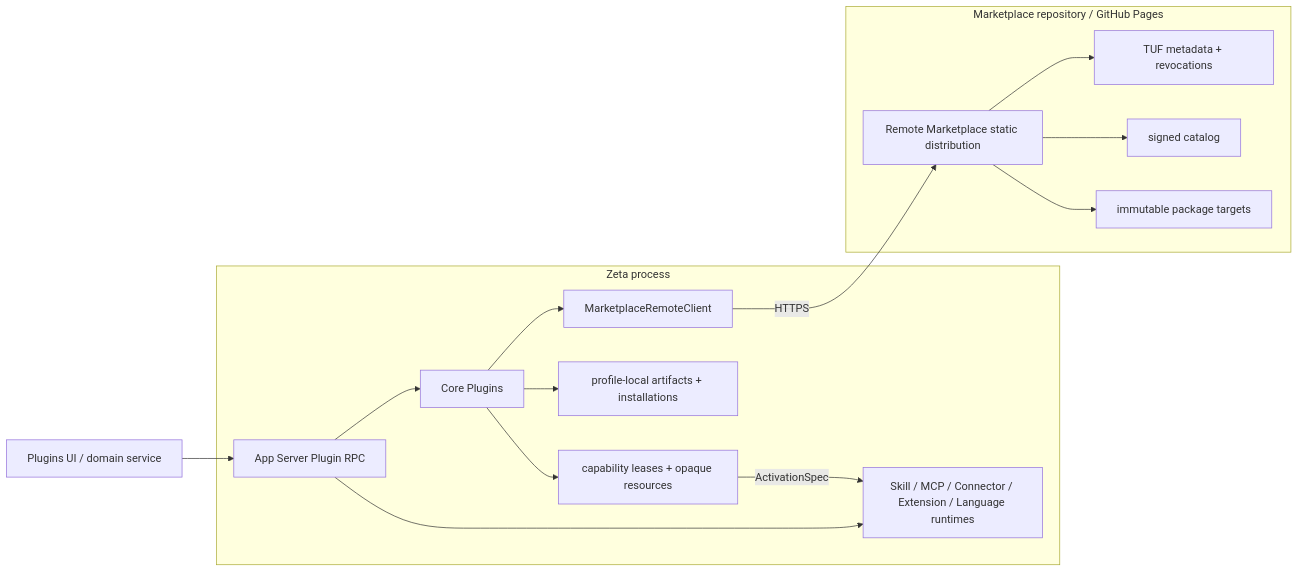
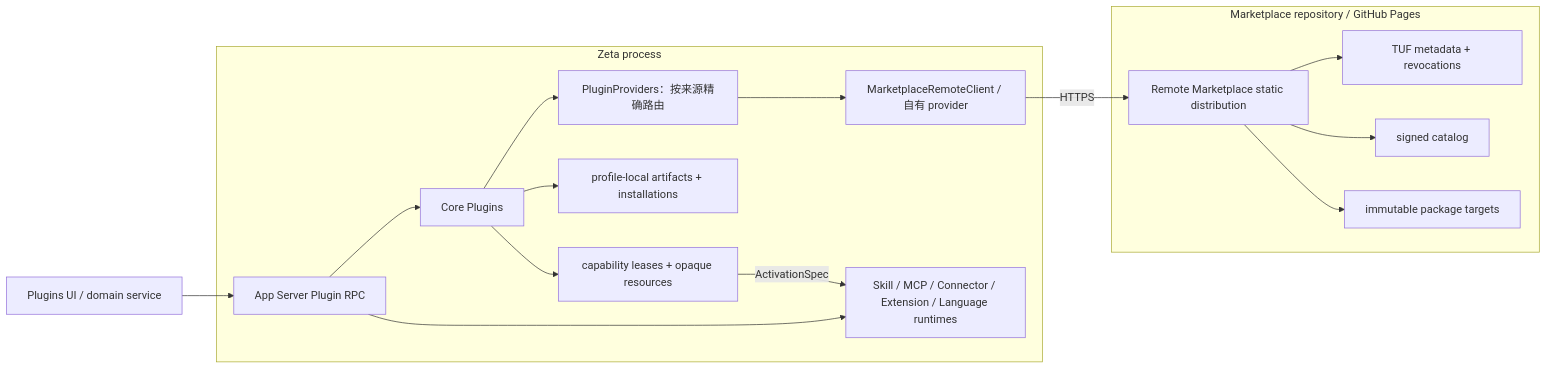
The diagram in zeta-rs/docs/core-plugins.md (chogng/zeta), drawn with Mermaid before and after one commit. The commit also changed other lines of this file and 57 other files, not shown here.

````diff
--- a/zeta-rs/docs/core-plugins.md
+++ b/zeta-rs/docs/core-plugins.md
@@ -33,22 +33,23 @@
 ```mermaid
 flowchart LR
     UI["Plugins UI / domain service"] --> RPC["App Server Plugin RPC"]
 
     subgraph Zeta["Zeta process"]
         RPC --> Manager["Core Plugins"]
-        Manager --> Client["MarketplaceRemoteClient"]
+        Manager --> Providers["PluginProviders：按来源精确路由"]
+        Providers --> Client["MarketplaceRemoteClient / 自有 provider"]
         Manager --> Store["profile-local artifacts + installations"]
         Manager --> Lease["capability leases + opaque resources"]
         RPC --> Runtime["Skill / MCP / Connector / Extension / Language runtimes"]
     end
 
     Client -->|"HTTPS"| Pages["Remote Marketplace static distribution"]
 
     subgraph Remote["Marketplace repository / GitHub Pages"]
         Pages --> TUF["TUF metadata + revocations"]
         Pages --> Catalog["signed catalog"]
         Pages --> Targets["immutable package targets"]
     end
 
     Lease -->|"ActivationSpec"| Runtime
 ```
````
